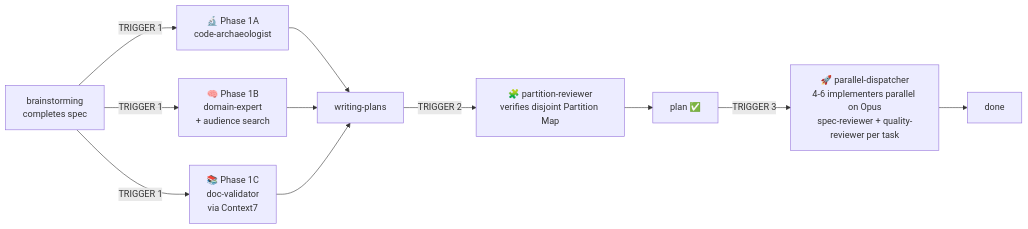
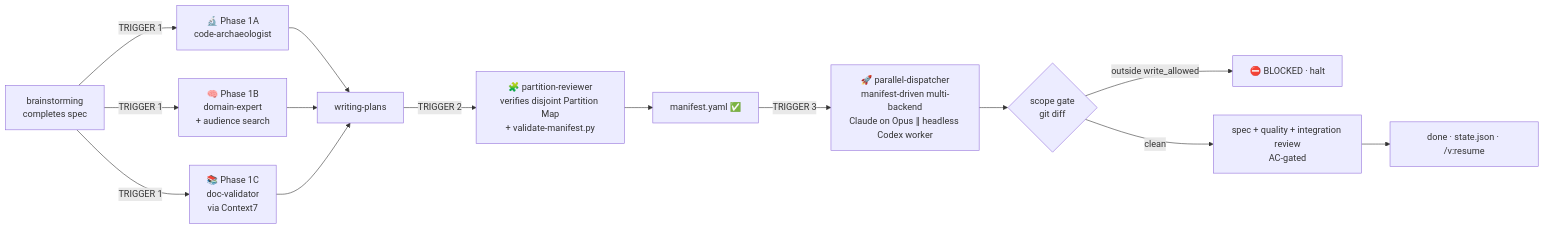
Before and after one commit to procoders/superpowers-v: the diagram in README.md, drawn with Mermaid. The commit also changed other lines of this file and 10 other files, not shown here.

````diff
--- a/README.md
+++ b/README.md
@@ -81,13 +83,16 @@
 ```mermaid
 flowchart LR
     A[brainstorming<br/>completes spec] -->|TRIGGER 1| B1[🔬 Phase 1A<br/>code-archaeologist]
     A -->|TRIGGER 1| B2[🧠 Phase 1B<br/>domain-expert<br/>+ audience search]
     A -->|TRIGGER 1| B3[📚 Phase 1C<br/>doc-validator<br/>via Context7]
     B1 --> C[writing-plans]
     B2 --> C
     B3 --> C
-    C -->|TRIGGER 2| D[🧩 partition-reviewer<br/>verifies disjoint Partition Map]
-    D --> E[plan ✅]
-    E -->|TRIGGER 3| F[🚀 parallel-dispatcher<br/>4-6 implementers parallel on Opus<br/>spec-reviewer + quality-reviewer per task]
-    F --> G[done]
+    C -->|TRIGGER 2| D[🧩 partition-reviewer<br/>verifies disjoint Partition Map<br/>+ validate-manifest.py]
+    D --> E[manifest.yaml ✅]
+    E -->|TRIGGER 3| F[🚀 parallel-dispatcher<br/>manifest-driven multi-backend<br/>Claude on Opus ∥ headless Codex worker]
+    F --> S{scope gate<br/>git diff}
+    S -->|outside write_allowed| BL[⛔ BLOCKED · halt]
+    S -->|clean| R[spec + quality + integration review<br/>AC-gated]
+    R --> G[done · state.json · /v:resume]
 ```
````
